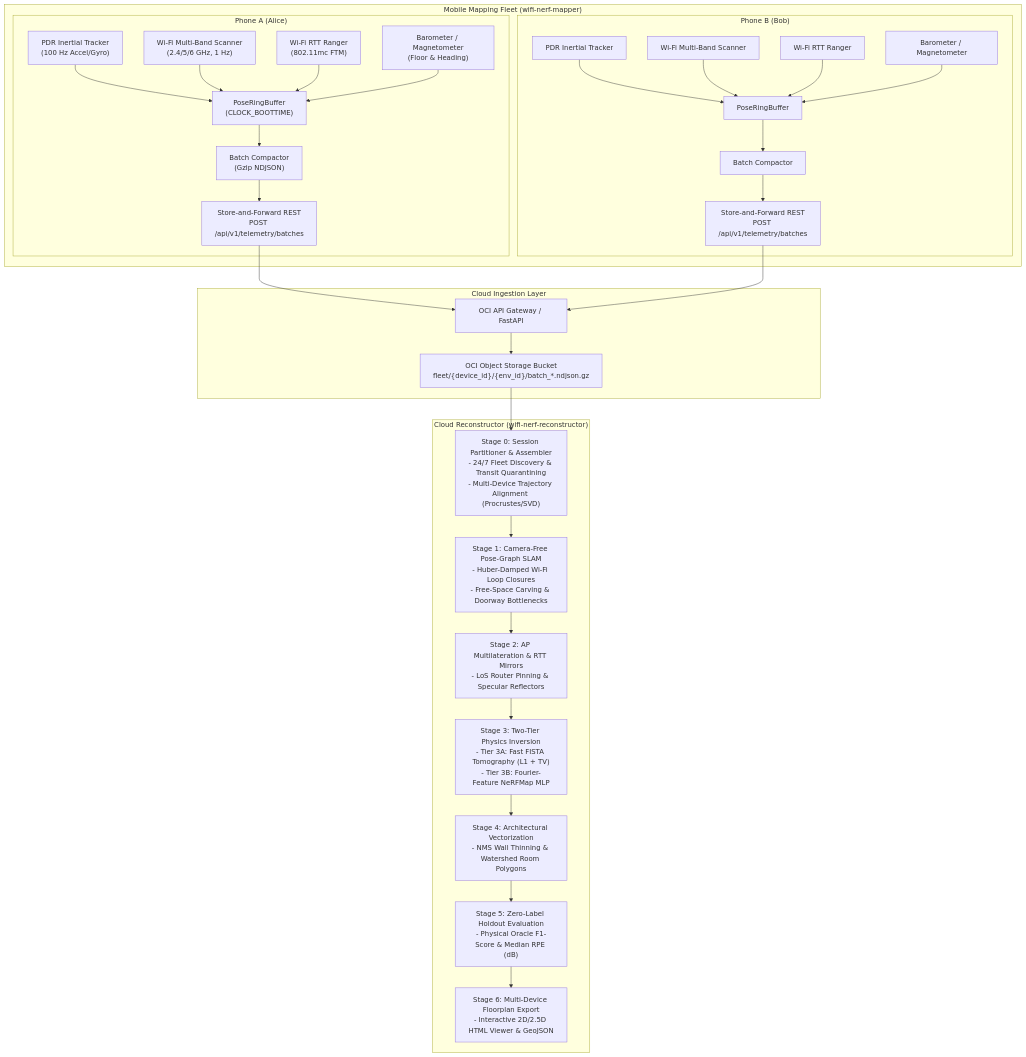
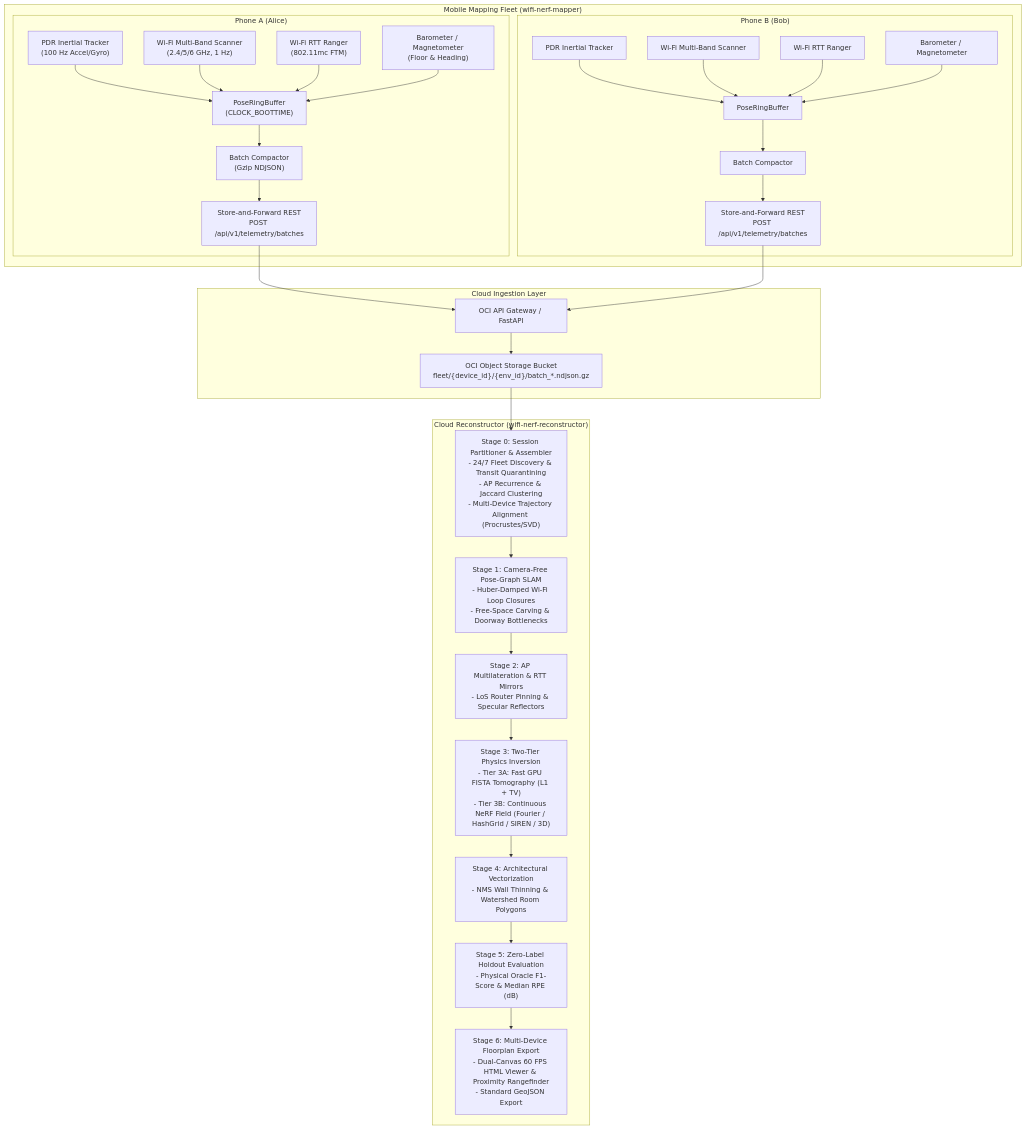
One commit to sky-45/wifi-nerf-reconstructor changed the first of 2 diagrams in README.md. Above: the diagram before and after it, drawn with Mermaid. The commit also changed other lines of this file and 10 other files, not shown here.

First line of the commit message:
feat: dual-canvas 60fps viewer, AP recurrence clustering, 4 ML mapping models, and GPU tuning suite

````diff
--- a/README.md
+++ b/README.md
@@ -12,38 +12,38 @@
 ```mermaid
 flowchart TD
     subgraph Mobile["Mobile Mapping Fleet (wifi-nerf-mapper)"]
         subgraph DevA["Phone A (Alice)"]
             A1["PDR Inertial Tracker<br/>(100 Hz Accel/Gyro)"] --> A5["PoseRingBuffer<br/>(CLOCK_BOOTTIME)"]
             A2["Wi-Fi Multi-Band Scanner<br/>(2.4/5/6 GHz, 1 Hz)"] --> A5
             A3["Wi-Fi RTT Ranger<br/>(802.11mc FTM)"] --> A5
             A4["Barometer / Magnetometer<br/>(Floor & Heading)"] --> A5
             A5 --> A6["Batch Compactor<br/>(Gzip NDJSON)"]
             A6 --> A7["Store-and-Forward REST<br/>POST /api/v1/telemetry/batches"]
         end
 
         subgraph DevB["Phone B (Bob)"]
             B1["PDR Inertial Tracker"] --> B5["PoseRingBuffer"]
             B2["Wi-Fi Multi-Band Scanner"] --> B5
             B3["Wi-Fi RTT Ranger"] --> B5
             B4["Barometer / Magnetometer"] --> B5
             B5 --> B6["Batch Compactor"]
             B6 --> B7["Store-and-Forward REST<br/>POST /api/v1/telemetry/batches"]
         end
     end
 
     subgraph Ingestion["Cloud Ingestion Layer"]
         A7 --> GW["OCI API Gateway / FastAPI"]
         B7 --> GW
         GW --> OCI["OCI Object Storage Bucket<br/>fleet/{device_id}/{env_id}/batch_*.ndjson.gz"]
     end
 
     subgraph Reconstructor["Cloud Reconstructor (wifi-nerf-reconstructor)"]
-        OCI --> S0["Stage 0: Session Partitioner & Assembler<br/>- 24/7 Fleet Discovery & Transit Quarantining<br/>- Multi-Device Trajectory Alignment (Procrustes/SVD)"]
+        OCI --> S0["Stage 0: Session Partitioner & Assembler<br/>- 24/7 Fleet Discovery & Transit Quarantining<br/>- AP Recurrence & Jaccard Clustering<br/>- Multi-Device Trajectory Alignment (Procrustes/SVD)"]
         S0 --> S1["Stage 1: Camera-Free Pose-Graph SLAM<br/>- Huber-Damped Wi-Fi Loop Closures<br/>- Free-Space Carving & Doorway Bottlenecks"]
         S1 --> S2["Stage 2: AP Multilateration & RTT Mirrors<br/>- LoS Router Pinning & Specular Reflectors"]
-        S2 --> S3["Stage 3: Two-Tier Physics Inversion<br/>- Tier 3A: Fast FISTA Tomography (L1 + TV)<br/>- Tier 3B: Fourier-Feature NeRFMap MLP"]
+        S2 --> S3["Stage 3: Two-Tier Physics Inversion<br/>- Tier 3A: Fast GPU FISTA Tomography (L1 + TV)<br/>- Tier 3B: Continuous NeRF Field (Fourier / HashGrid / SIREN / 3D)"]
         S3 --> S4["Stage 4: Architectural Vectorization<br/>- NMS Wall Thinning & Watershed Room Polygons"]
         S4 --> S5["Stage 5: Zero-Label Holdout Evaluation<br/>- Physical Oracle F1-Score & Median RPE (dB)"]
-        S5 --> S6["Stage 6: Multi-Device Floorplan Export<br/>- Interactive 2D/2.5D HTML Viewer & GeoJSON"]
+        S5 --> S6["Stage 6: Multi-Device Floorplan Export<br/>- Dual-Canvas 60 FPS HTML Viewer & Proximity Rangefinder<br/>- Standard GeoJSON Export"]
     end
 ```
````
